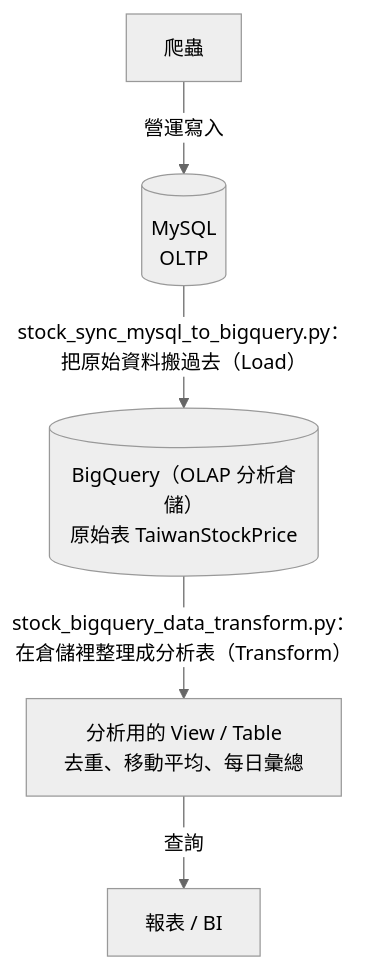
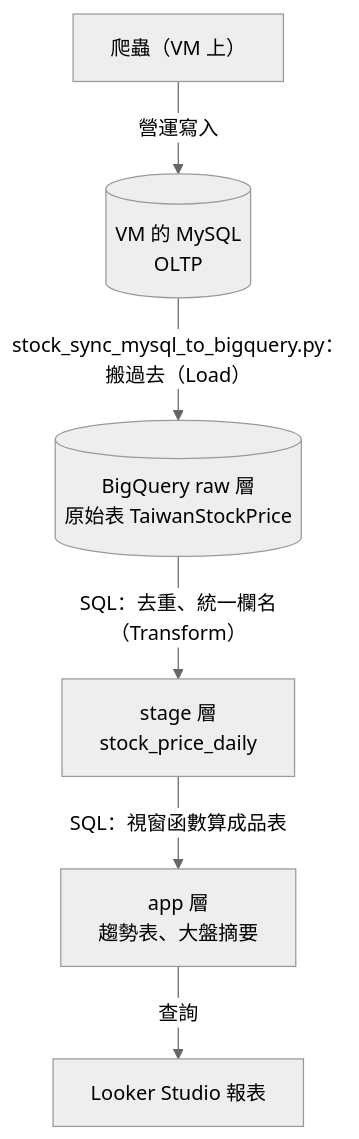
The diagram in 課程手冊/課程手冊15 - BigQuery資料倉儲.md (lu791019/stock-crawler-de-course-materials), drawn with Mermaid (neutral theme) before and after one commit. The commit also changed other lines of this file and 1 other file, not shown here.

Commit message:
refactor: 手冊15 主線改三層直線——同步直落 raw（bigquery.py BQ_DATASET 環境變數，預設 stock 供17章DAG）、Step 3=stage SQL、Step 4=app SQL＋驗證；transform 程式定位為讀碼教材＋排程用；資料流圖/檢查表/練習/T-2 全鏈同步（VM 實測 raw 6277→stage 4881→app 通過）

````diff
--- a/課程手冊/課程手冊15 - BigQuery資料倉儲.md
+++ b/課程手冊/課程手冊15 - BigQuery資料倉儲.md
@@ -57,7 +57,8 @@
 ```mermaid
 flowchart TD
-    C["爬蟲"] -->|營運寫入| M[("MySQL<br/>OLTP")]
-    M -->|"stock_sync_mysql_to_bigquery.py：把原始資料搬過去（Load）"| BQ[("BigQuery（OLAP 分析倉儲）<br/>原始表 TaiwanStockPrice")]
-    BQ -->|"stock_bigquery_data_transform.py：在倉儲裡整理成分析表（Transform）"| V["分析用的 View / Table<br/>去重、移動平均、每日彙總"]
-    V -->|查詢| BI["報表 / BI"]
+    C["爬蟲（VM 上）"] -->|營運寫入| M[("VM 的 MySQL<br/>OLTP")]
+    M -->|"stock_sync_mysql_to_bigquery.py：搬過去（Load）"| R[("BigQuery raw 層<br/>原始表 TaiwanStockPrice")]
+    R -->|"SQL：去重、統一欄名（Transform）"| S["stage 層<br/>stock_price_daily"]
+    S -->|"SQL：視窗函數算成品表"| A["app 層<br/>趨勢表、大盤摘要"]
+    A -->|查詢| BI["Looker Studio 報表"]
 ```
````
